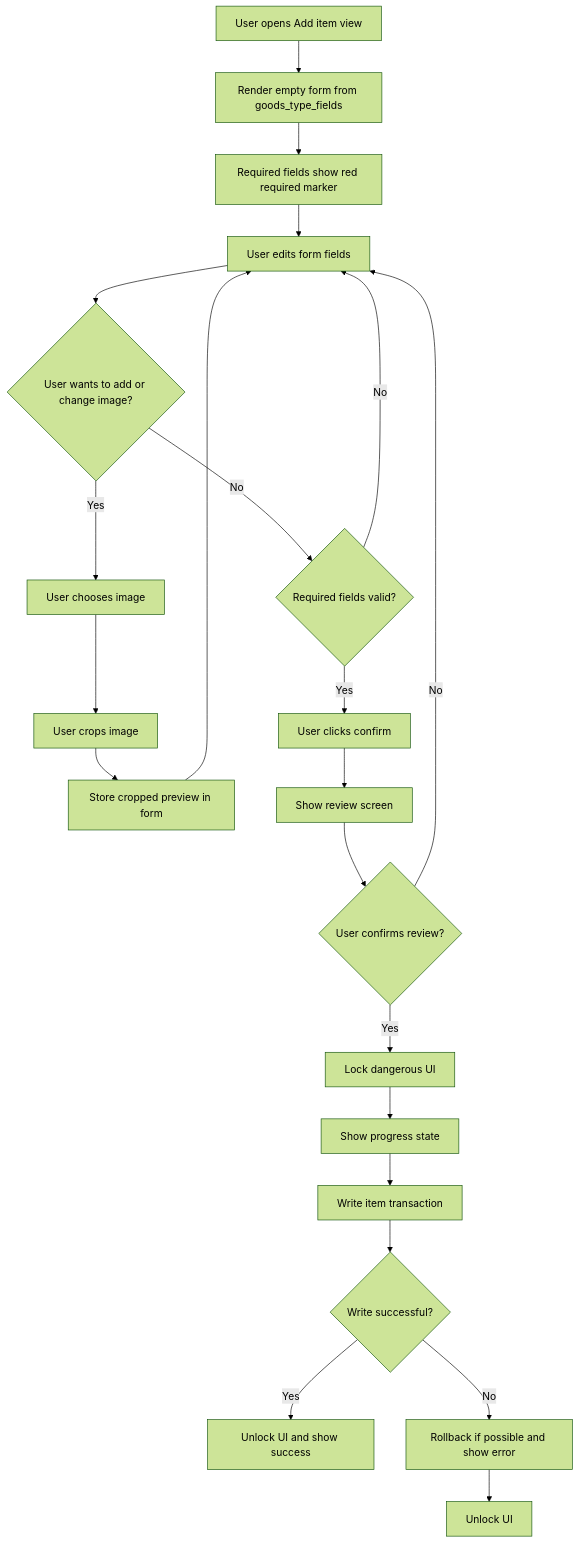
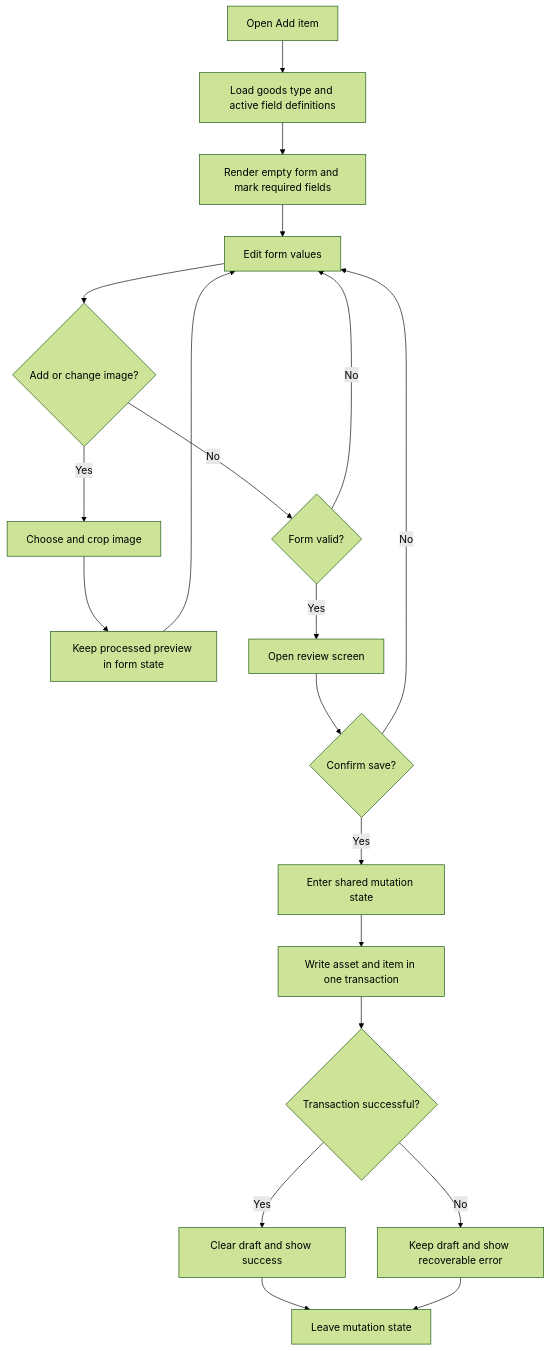
Before and after one commit to Uduru0522/wotagoods-manager: the second of 4 diagrams in docs/data-model.md, drawn with Mermaid (forest theme). The commit also changed other lines of this file and 3 other files, not shown here.

````diff
--- a/docs/data-model.md
+++ b/docs/data-model.md
@@ -212,24 +270,22 @@
 ```mermaid
 flowchart TD
-  A[User opens Add item view] --> B[Render empty form from goods_type_fields]
-  B --> C[Required fields show red required marker]
-  C --> D[User edits form fields]
-  D --> E{User wants to add or change image?}
-  E -->|Yes| F[User chooses image]
-  F --> G[User crops image]
-  G --> H[Store cropped preview in form]
-  H --> D
-  E -->|No| I{Required fields valid?}
-  I -->|No| D
-  I -->|Yes| J[User clicks confirm]
-  J --> K[Show review screen]
-  K --> L{User confirms review?}
-  L -->|No| D
-  L -->|Yes| M[Lock dangerous UI]
-  M --> N[Show progress state]
-  N --> O[Write item transaction]
-  O --> P{Write successful?}
-  P -->|Yes| Q[Unlock UI and show success]
-  P -->|No| R[Rollback if possible and show error]
-  R --> S[Unlock UI]
+  A[Open Add item] --> B[Load goods type and active field definitions]
+  B --> C[Render empty form and mark required fields]
+  C --> D[Edit form values]
+  D --> E{Add or change image?}
+  E -->|Yes| F[Choose and crop image]
+  F --> G[Keep processed preview in form state]
+  G --> D
+  E -->|No| H{Form valid?}
+  H -->|No| D
+  H -->|Yes| I[Open review screen]
+  I --> J{Confirm save?}
+  J -->|No| D
+  J -->|Yes| K[Enter shared mutation state]
+  K --> L[Write asset and item in one transaction]
+  L --> M{Transaction successful?}
+  M -->|Yes| N[Clear draft and show success]
+  M -->|No| O[Keep draft and show recoverable error]
+  N --> P[Leave mutation state]
+  O --> P
 ```
````
